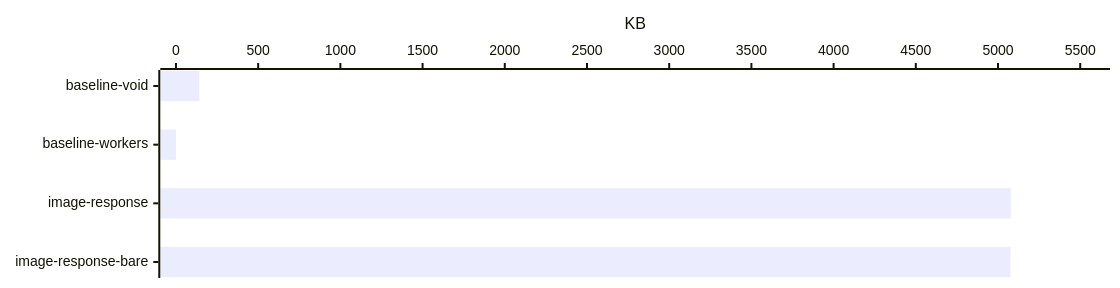
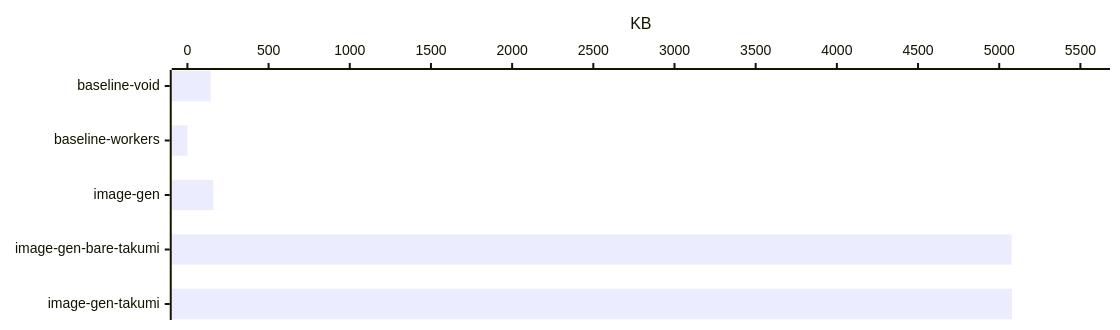
One commit to voidzero-dev/void changed the first of 25 diagrams in benchmark/report.md. Above: the diagram before and after it, drawn with Mermaid. The commit also changed other lines of this file and 41 other files, not shown here.

````diff
--- a/benchmark/report.md
+++ b/benchmark/report.md
@@ -18,12 +19,12 @@
 ```mermaid
 ---
 config:
   xyChart:
     width: 1100
-    height: 268
+    height: 310
 ---
 xychart-beta horizontal
-    x-axis ["baseline-void", "baseline-workers", "image-response", "image-response-bare"]
+    x-axis ["baseline-void", "baseline-workers", "image-gen", "image-gen-bare-takumi", "image-gen-takumi"]
     y-axis "KB" 0 --> 5585.7802
-    bar [142.649, 0.187, 5077.982, 5076.039]
+    bar [142.649, 0.187, 159.47, 5076.039, 5077.982]
 ```
````
